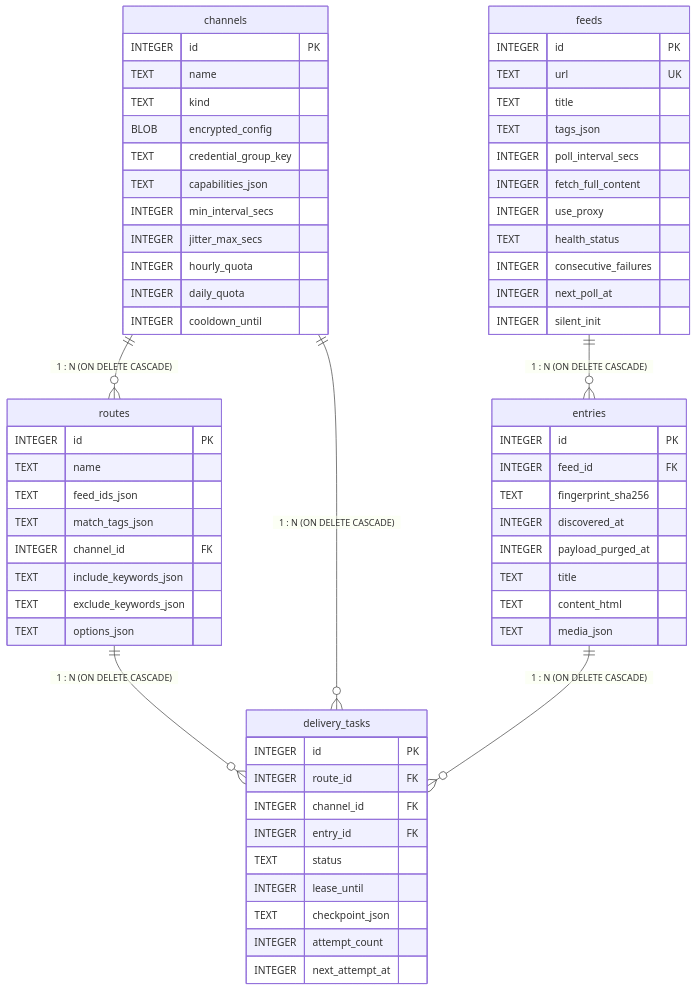
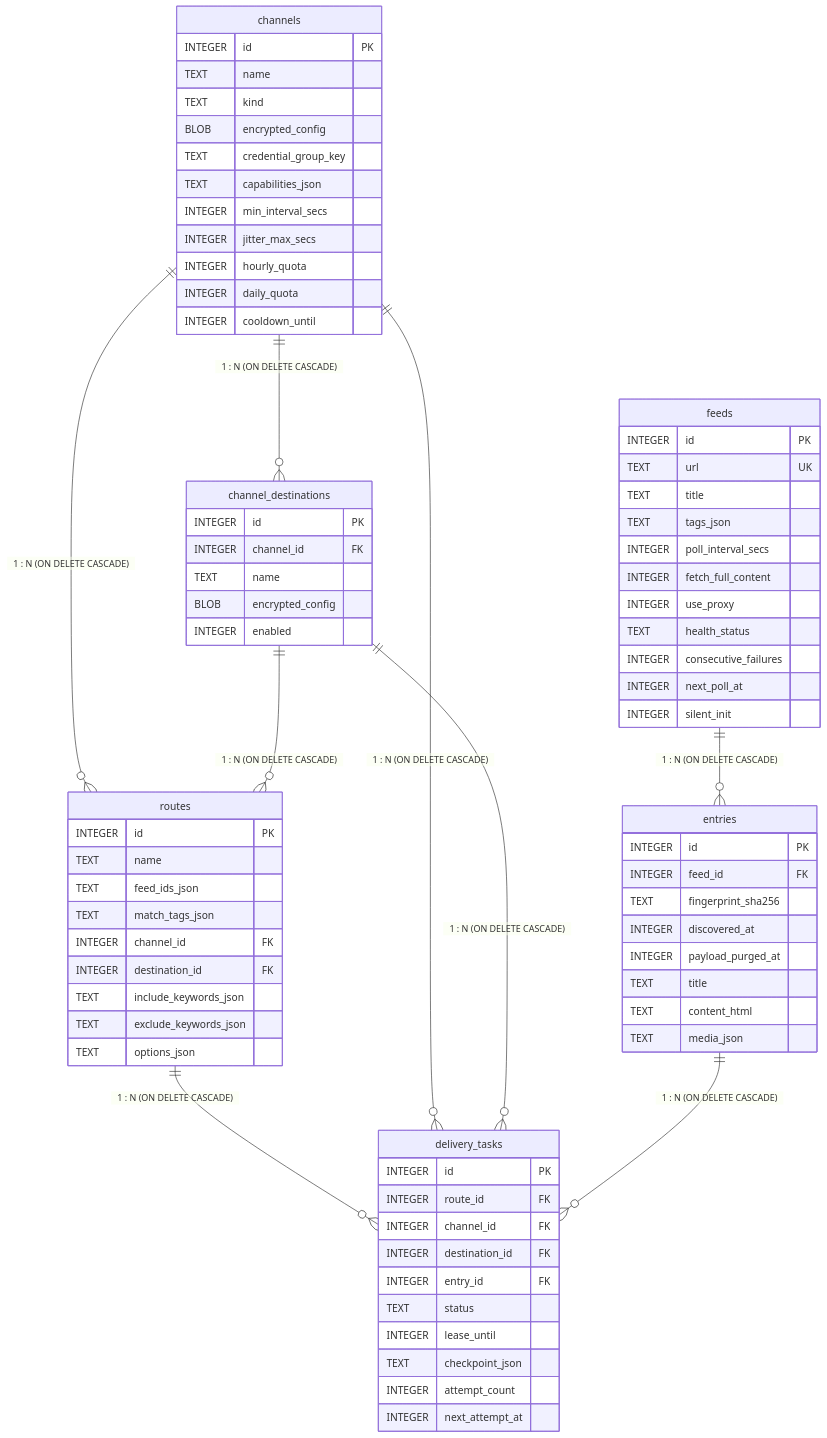
Before and after one commit to ElleryHe/FeedCourier: the diagram in docs/zh/reference/database-schema.md, drawn with Mermaid. The commit also changed other lines of this file and 79 other files, not shown here.

````diff
--- a/docs/zh/reference/database-schema.md
+++ b/docs/zh/reference/database-schema.md
@@ -13,9 +13,12 @@
 ```mermaid
 erDiagram
     feeds ||--o{ entries : "1 : N (ON DELETE CASCADE)"
+    channels ||--o{ channel_destinations : "1 : N (ON DELETE CASCADE)"
     channels ||--o{ routes : "1 : N (ON DELETE CASCADE)"
+    channel_destinations ||--o{ routes : "1 : N (ON DELETE CASCADE)"
     routes ||--o{ delivery_tasks : "1 : N (ON DELETE CASCADE)"
     channels ||--o{ delivery_tasks : "1 : N (ON DELETE CASCADE)"
+    channel_destinations ||--o{ delivery_tasks : "1 : N (ON DELETE CASCADE)"
     entries ||--o{ delivery_tasks : "1 : N (ON DELETE CASCADE)"
 
     feeds {
@@ -57,12 +60,21 @@
         INTEGER cooldown_until
     }
 
+    channel_destinations {
+        INTEGER id PK
+        INTEGER channel_id FK
+        TEXT name
+        BLOB encrypted_config
+        INTEGER enabled
+    }
+
     routes {
         INTEGER id PK
         TEXT name
         TEXT feed_ids_json
         TEXT match_tags_json
         INTEGER channel_id FK
+        INTEGER destination_id FK
         TEXT include_keywords_json
         TEXT exclude_keywords_json
         TEXT options_json
@@ -72,6 +84,7 @@
         INTEGER id PK
         INTEGER route_id FK
         INTEGER channel_id FK
+        INTEGER destination_id FK
         INTEGER entry_id FK
         TEXT status
         INTEGER lease_until
````
